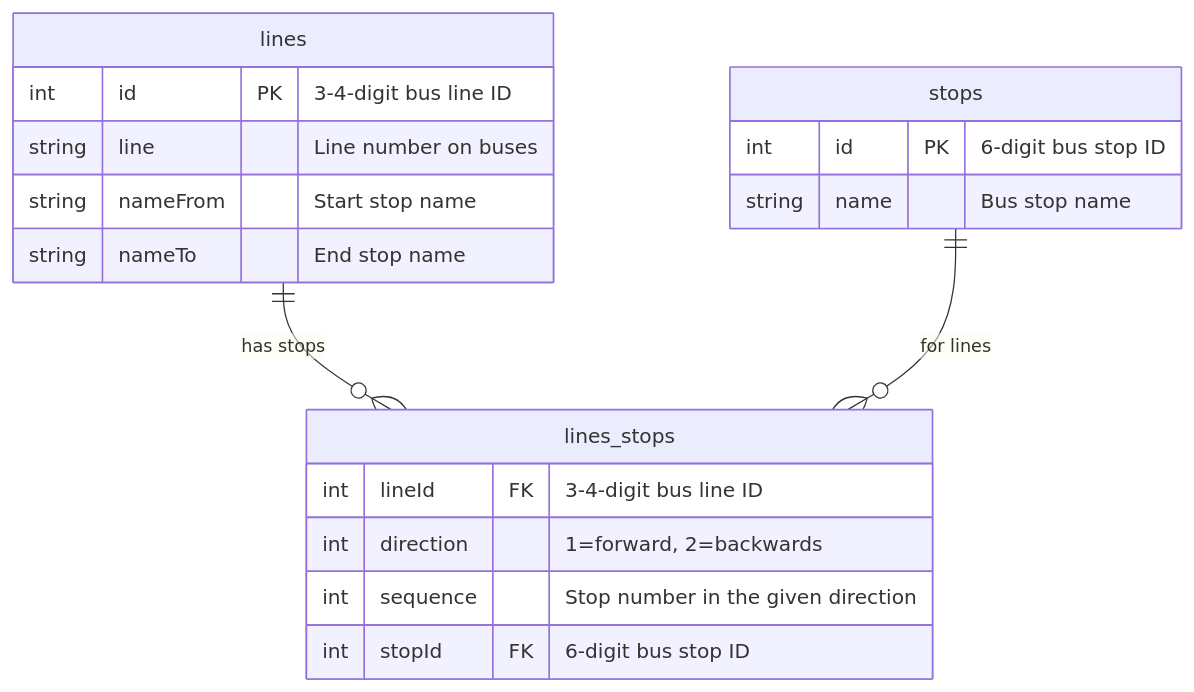
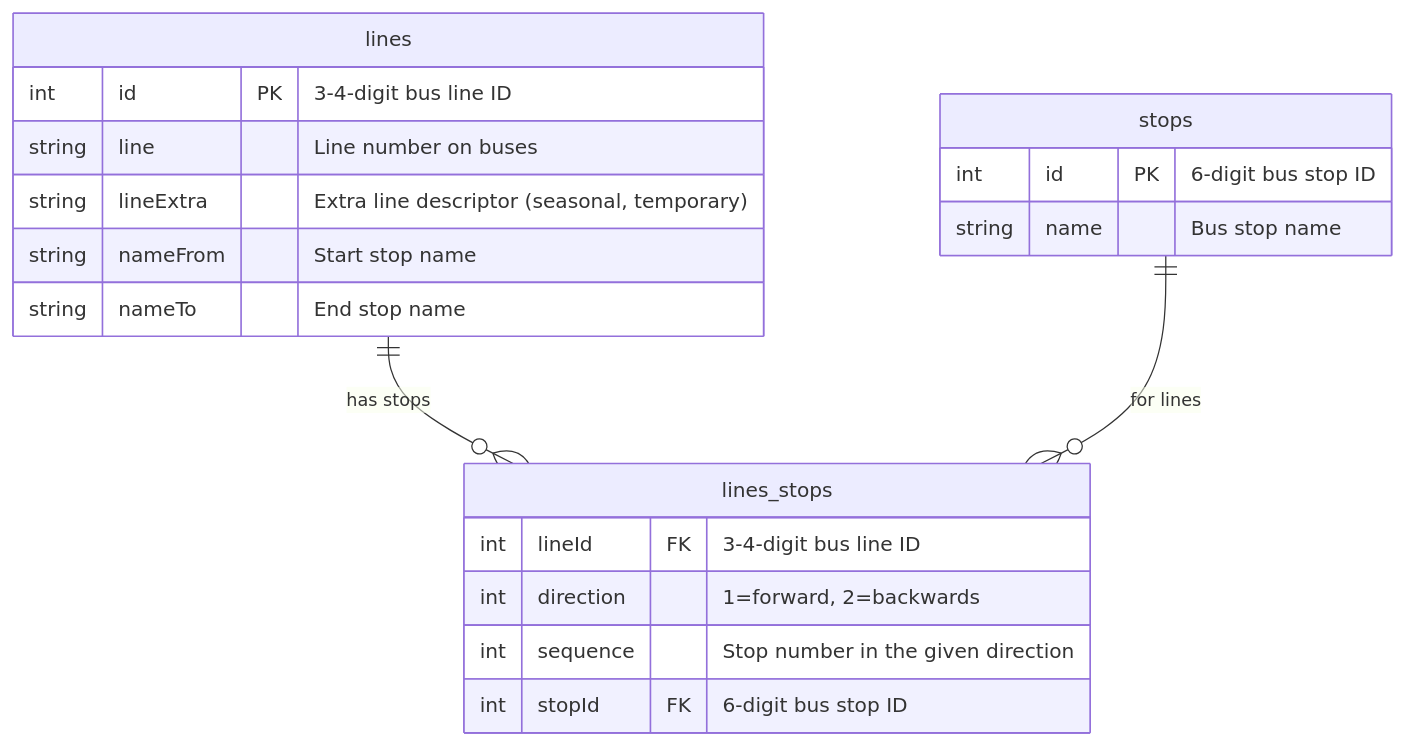
Before and after one commit to openstreetmap-si/bus-routes-osm-lpp: the diagram in README.md, drawn with Mermaid.

Commit message:
documented new lineExtra

````diff
--- a/README.md
+++ b/README.md
@@ -13,21 +13,22 @@
 ```mermaid
 erDiagram
           lines ||--o{ lines_stops : "has stops"
           lines {
               int id PK "3-4-digit bus line ID"
               string line "Line number on buses"
+              string lineExtra "Extra line descriptor (seasonal, temporary)"
               string nameFrom "Start stop name"
               string nameTo "End stop name"
           }
           stops ||--o{ lines_stops : "for lines"
           stops {
               int id PK "6-digit bus stop ID"
               string name "Bus stop name"
           }
           lines_stops {
               int lineId FK "3-4-digit bus line ID"
               int direction "1=forward, 2=backwards"
               int sequence "Stop number in the given direction"
               int stopId FK "6-digit bus stop ID"
           }
 ```
````
